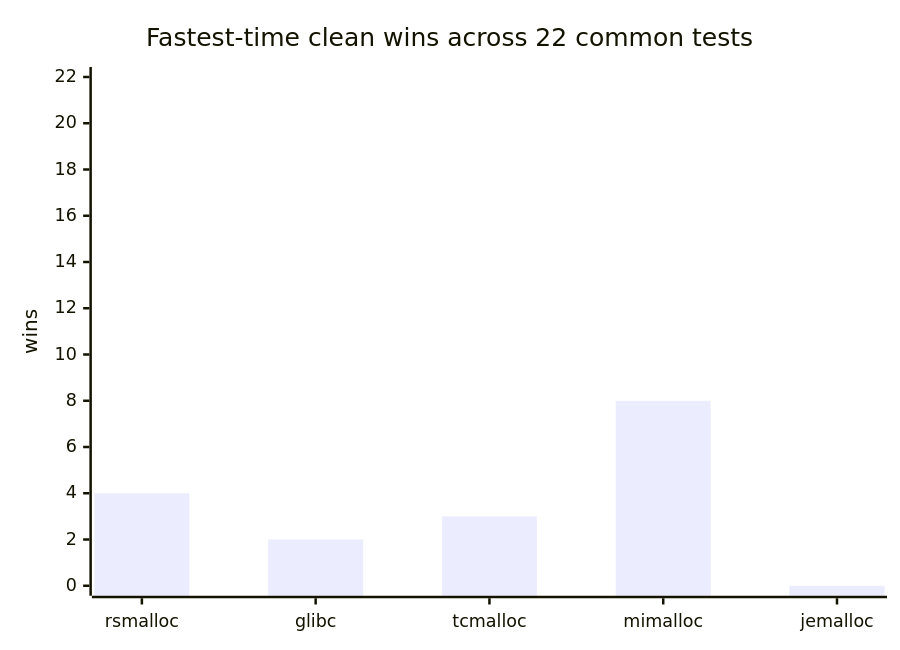
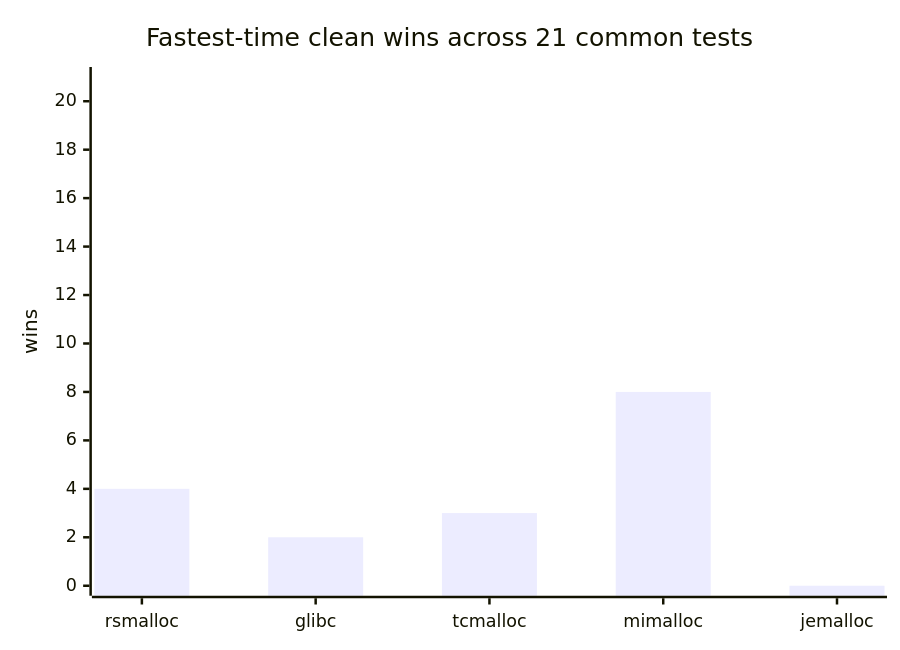
Before and after one commit to Metehan120/rsmalloc: the first of 8 diagrams in benchmarks/benchmarks.md, drawn with Mermaid. The commit also changed other lines of this file and 3 other files, not shown here.

````diff
--- a/benchmarks/benchmarks.md
+++ b/benchmarks/benchmarks.md
@@ -78,7 +77,7 @@
 ```mermaid
 xychart-beta
-    title "Fastest-time clean wins across 22 common tests"
+    title "Fastest-time clean wins across 21 common tests"
     x-axis [rsmalloc, glibc, tcmalloc, mimalloc, jemalloc]
-    y-axis "wins" 0 --> 22
+    y-axis "wins" 0 --> 21
     bar [4, 2, 3, 8, 0]
 ```
````
